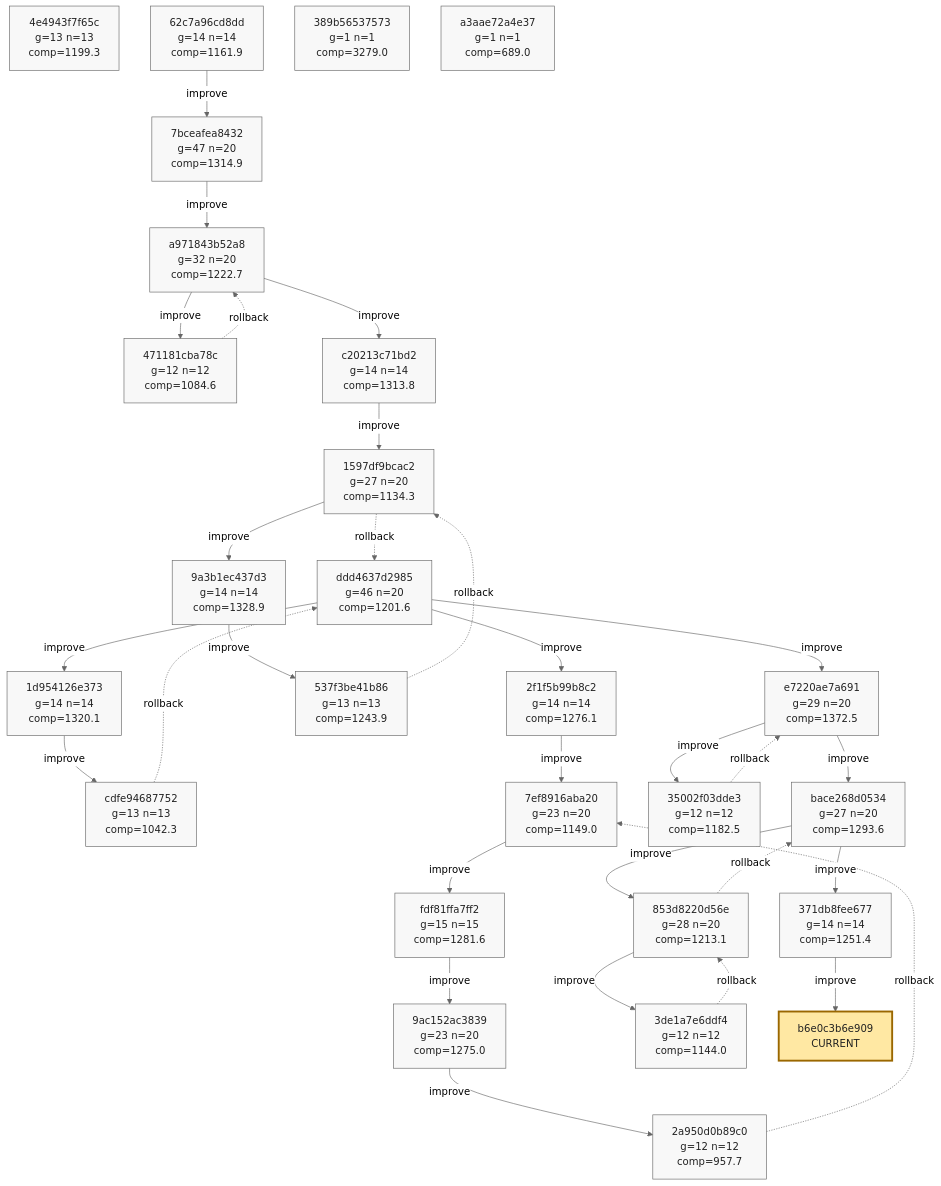
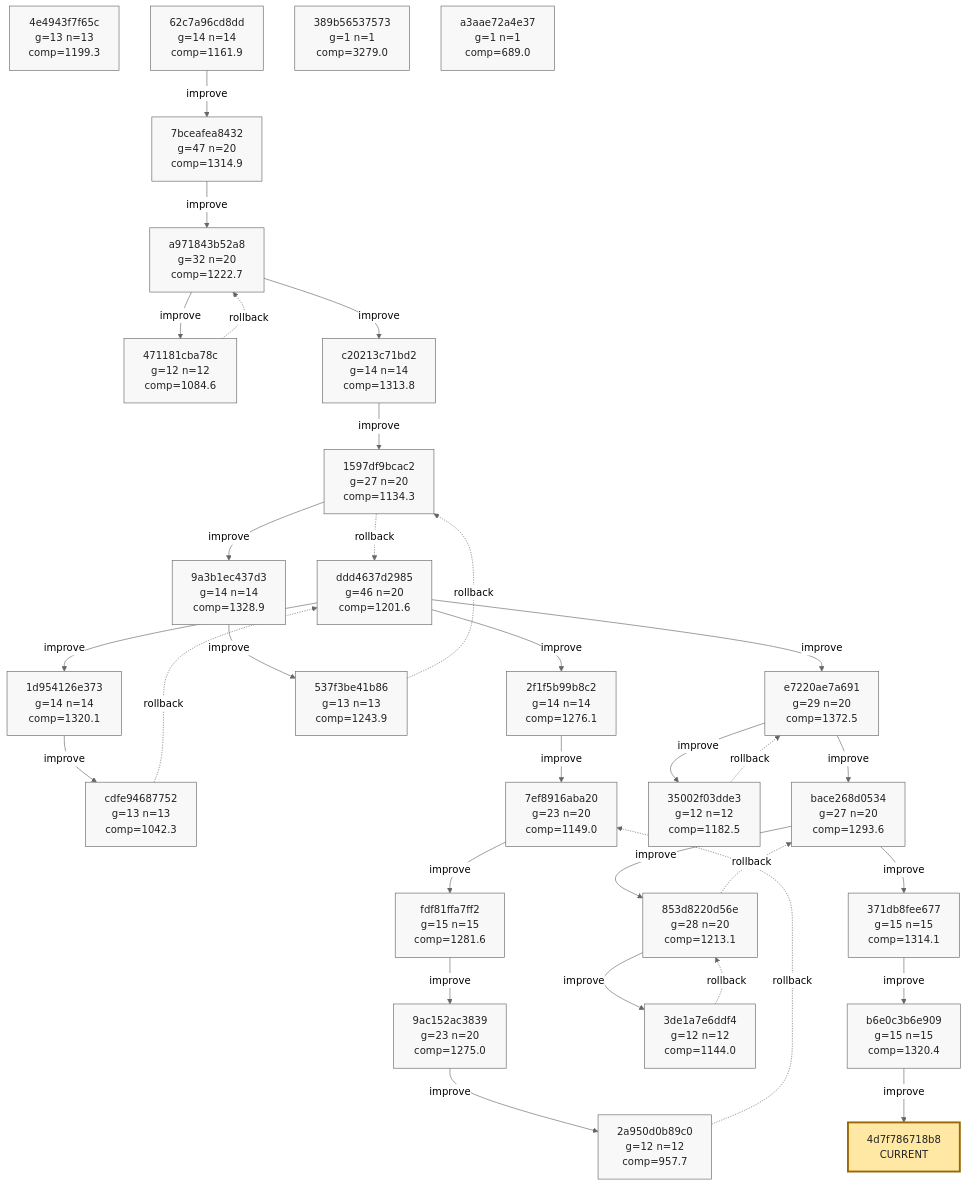
One commit to azumag/soviet_now changed the ninth of 9 diagrams in phyrogenetic-tree.md. Above: the diagram before and after it, drawn with Mermaid (neutral theme). The commit also changed other lines of this file and 2 other files, not shown here.

Commit message:
eloop Improve after 12 games (scores: 1220 2413 878 1369 669 1782 1219 1338 1532 2687 1756 1923)

````diff
--- a/phyrogenetic-tree.md
+++ b/phyrogenetic-tree.md
@@ -2253,10 +2251,11 @@
     h_bace268d0534["bace268d0534<br/>g=27 n=20<br/>comp=1293.6"]
     h_853d8220d56e["853d8220d56e<br/>g=28 n=20<br/>comp=1213.1"]
     h_3de1a7e6ddf4["3de1a7e6ddf4<br/>g=12 n=12<br/>comp=1144.0"]
-    h_371db8fee677["371db8fee677<br/>g=14 n=14<br/>comp=1251.4"]
+    h_371db8fee677["371db8fee677<br/>g=15 n=15<br/>comp=1314.1"]
+    h_b6e0c3b6e909["b6e0c3b6e909<br/>g=15 n=15<br/>comp=1320.4"]
     h_389b56537573["389b56537573<br/>g=1 n=1<br/>comp=3279.0"]
     h_a3aae72a4e37["a3aae72a4e37<br/>g=1 n=1<br/>comp=689.0"]
-    h_b6e0c3b6e909["b6e0c3b6e909<br/>CURRENT"]
+    h_4d7f786718b8["4d7f786718b8<br/>CURRENT"]
 
     h_ddd4637d2985 -->|improve| h_1d954126e373
     h_1d954126e373 -->|improve| h_cdfe94687752
@@ -2287,6 +2286,7 @@
     h_853d8220d56e -. rollback .-> h_bace268d0534
     h_bace268d0534 -->|improve| h_371db8fee677
     h_371db8fee677 -->|improve| h_b6e0c3b6e909
+    h_b6e0c3b6e909 -->|improve| h_4d7f786718b8
 
     classDef plain fill:#f8f8f8,stroke:#666,stroke-width:1px,color:#222;
     classDef current fill:#ffe8a3,stroke:#9a6700,stroke-width:3px,color:#222;
@@ -2316,7 +2316,8 @@
     class h_853d8220d56e plain;
     class h_3de1a7e6ddf4 plain;
     class h_371db8fee677 plain;
+    class h_b6e0c3b6e909 plain;
     class h_389b56537573 plain;
     class h_a3aae72a4e37 plain;
-    class h_b6e0c3b6e909 current;
+    class h_4d7f786718b8 current;
 ```
````
